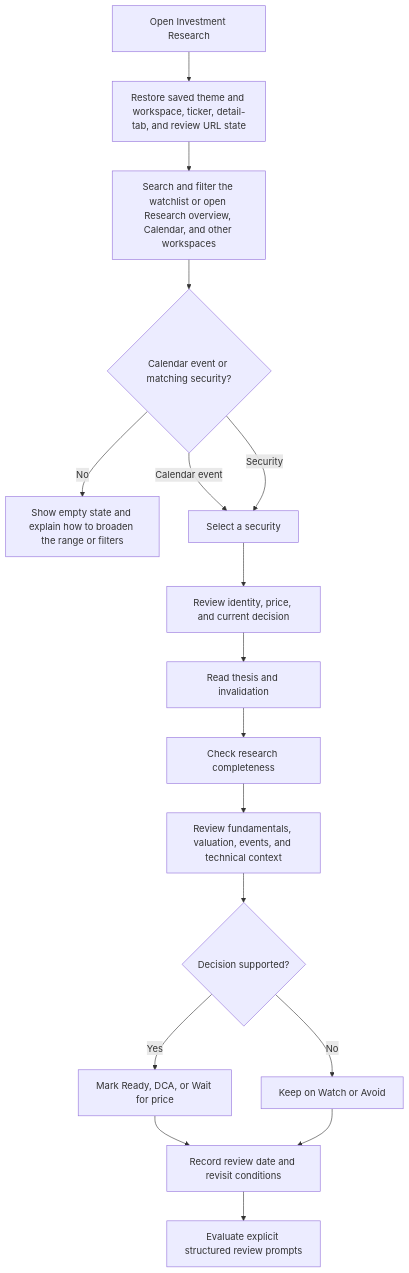
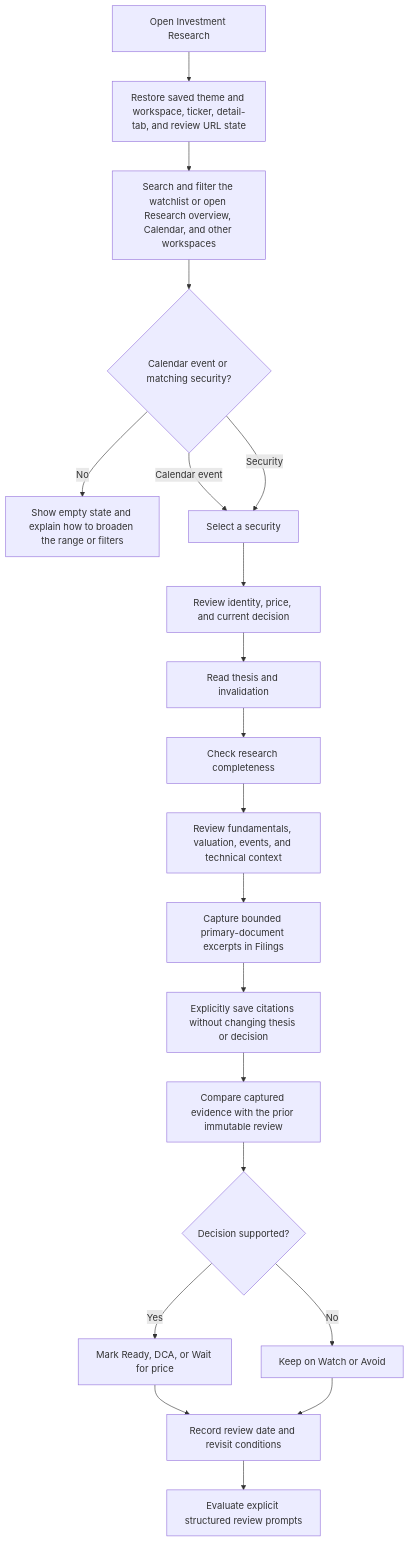
The third of 4 diagrams in docs/PROJECT_OBJECTIVE_AND_FLOWS.md (hooiml/signal), drawn with Mermaid before and after one commit. The commit also changed other lines of this file and 10 other files, not shown here.

First line of the commit message:
test(research): lock primary-document safety boundaries

````diff
--- a/docs/PROJECT_OBJECTIVE_AND_FLOWS.md
+++ b/docs/PROJECT_OBJECTIVE_AND_FLOWS.md
@@ -307,19 +307,22 @@
 ```mermaid
 flowchart TD
     A[Open Investment Research] --> B[Restore saved theme and workspace, ticker, detail-tab, and review URL state]
     B --> C[Search and filter the watchlist or open Research overview, Calendar, and other workspaces]
     C --> D{Calendar event or matching security?}
     D -- No --> E[Show empty state and explain how to broaden the range or filters]
     D -- Calendar event --> F[Open the ticker review workflow or Events tab]
     D -- Security --> F[Select a security]
     F --> G[Review identity, price, and current decision]
     G --> H[Read thesis and invalidation]
     H --> I[Check research completeness]
     I --> J[Review fundamentals, valuation, events, and technical context]
-    J --> K{Decision supported?}
+    J --> P[Capture bounded primary-document excerpts in Filings]
+    P --> Q[Explicitly save citations without changing thesis or decision]
+    Q --> R[Compare captured evidence with the prior immutable review]
+    R --> K{Decision supported?}
     K -- Yes --> L[Mark Ready, DCA, or Wait for price]
     K -- No --> M[Keep on Watch or Avoid]
     L --> N[Record review date and revisit conditions]
     M --> N
     N --> O[Evaluate explicit structured review prompts]
 ```
````
